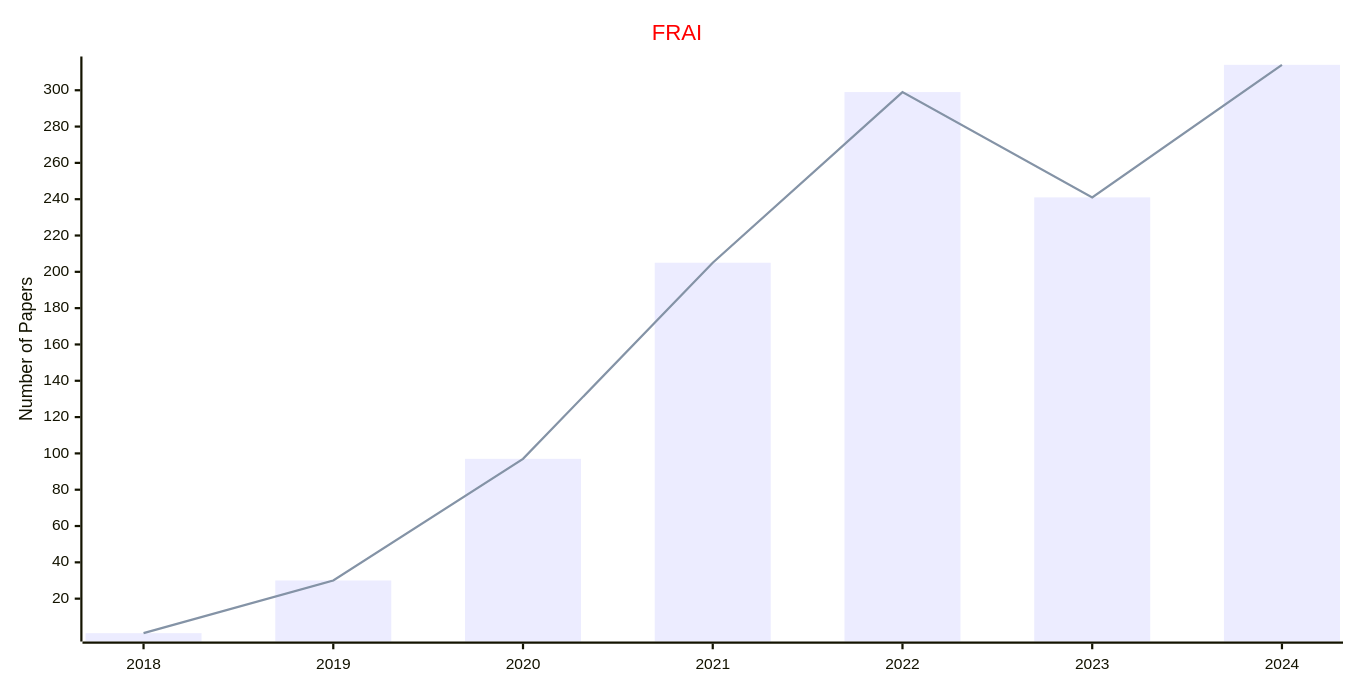
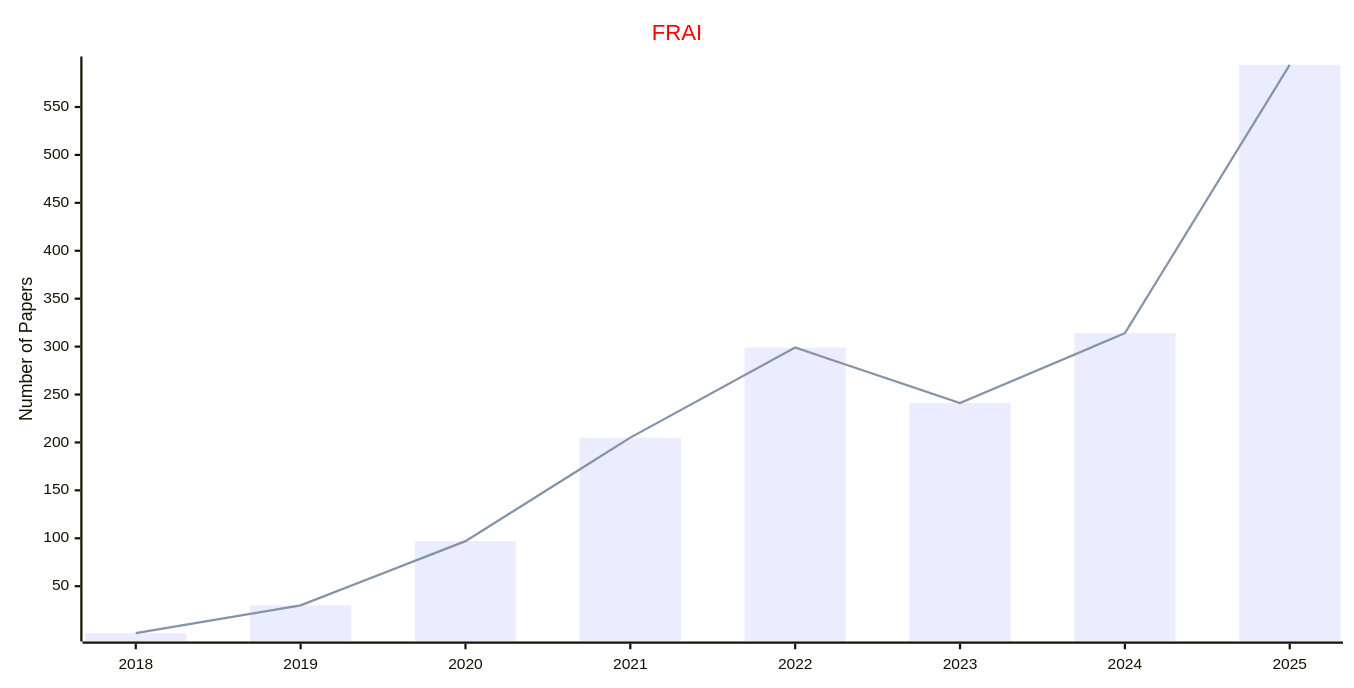
Before and after one commit to Easy-PhD/AILinks: the first of 4 diagrams in docs/data/Journals/Statistics_Journals/Ambient_Intelligence.md, drawn with Mermaid. The commit also changed other lines of this file and 93 other files, not shown here.

````diff
--- a/docs/data/Journals/Statistics_Journals/Ambient_Intelligence.md
+++ b/docs/data/Journals/Statistics_Journals/Ambient_Intelligence.md
@@ -9,17 +9,17 @@
 ```mermaid
 ---
 config:
     xyChart:
         width: 1200
         height: 600
     themeVariables:
         xyChart:
             titleColor: "#ff0000"
 ---
 xychart-beta
     title "FRAI"
-    x-axis [2018, 2019, 2020, 2021, 2022, 2023, 2024]
+    x-axis [2018, 2019, 2020, 2021, 2022, 2023, 2024, 2025]
     y-axis "Number of Papers"
-    bar [1, 30, 97, 205, 299, 241, 314]
-    line [1, 30, 97, 205, 299, 241, 314]
+    bar [1, 30, 97, 205, 299, 241, 314, 594]
+    line [1, 30, 97, 205, 299, 241, 314, 594]
 ```
````
